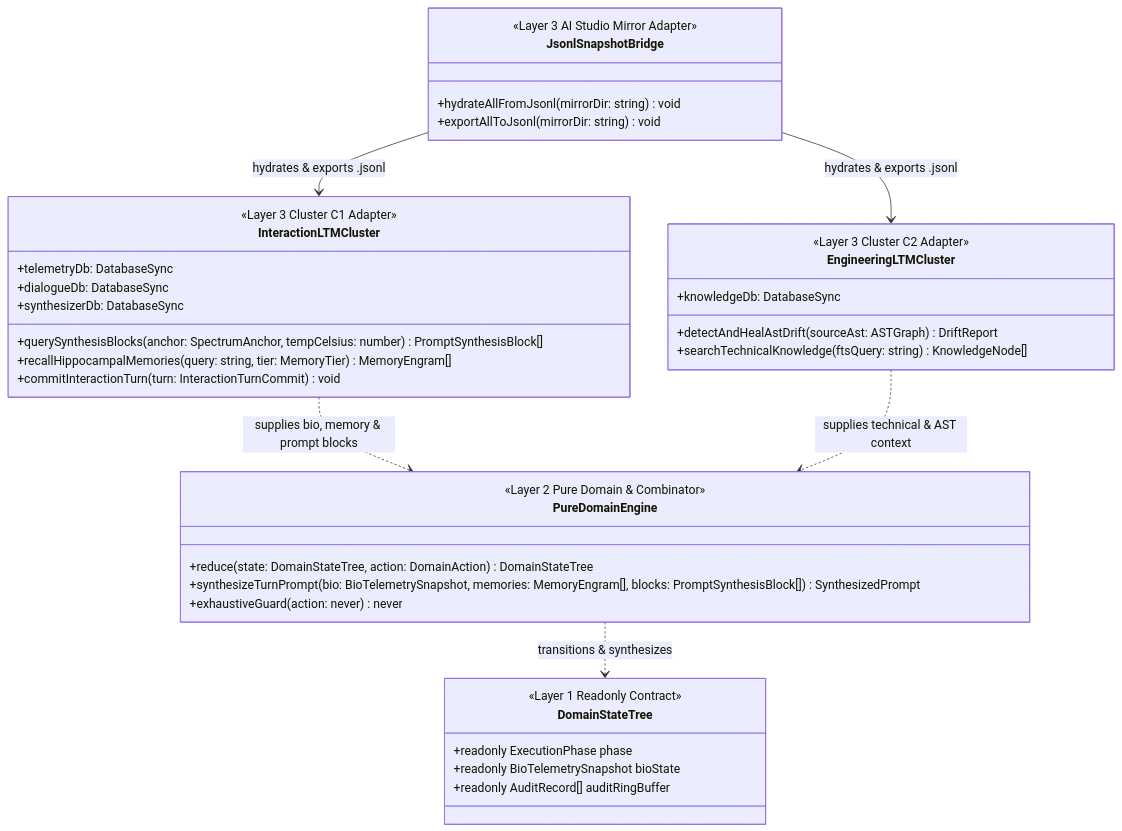
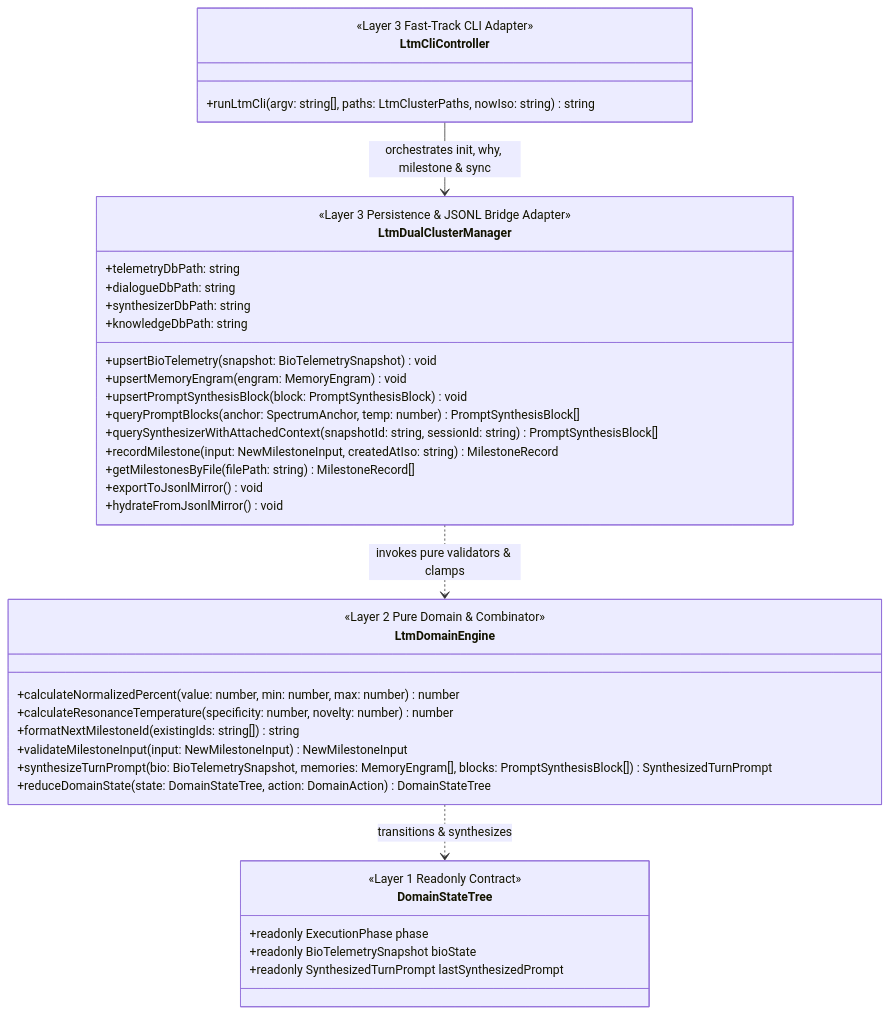
The second of 3 diagrams in docs/ARCHITECTURE.md (jinseobhong/eterna-luminas), drawn with Mermaid before and after one commit. The commit also changed other lines of this file and 21 other files, not shown here.

Commit message:
feat(ltm): implement 2-cluster SQLite LTM, JSONL snapshot bridge, universal milestones & eterna-fast-track skill

````diff
--- a/docs/ARCHITECTURE.md
+++ b/docs/ARCHITECTURE.md
@@ -83,45 +81,45 @@
 ```mermaid
 classDiagram
     class DomainStateTree {
         <<Layer 1 Readonly Contract>>
         +readonly ExecutionPhase phase
         +readonly BioTelemetrySnapshot bioState
-        +readonly AuditRecord[] auditRingBuffer
+        +readonly SynthesizedTurnPrompt lastSynthesizedPrompt
     }
 
-    class PureDomainEngine {
+    class LtmDomainEngine {
         <<Layer 2 Pure Domain & Combinator>>
-        +reduce(state: DomainStateTree, action: DomainAction) DomainStateTree
-        +synthesizeTurnPrompt(bio: BioTelemetrySnapshot, memories: MemoryEngram[], blocks: PromptSynthesisBlock[]) SynthesizedPrompt
-        +exhaustiveGuard(action: never) never
+        +calculateNormalizedPercent(value: number, min: number, max: number) number
+        +calculateResonanceTemperature(specificity: number, novelty: number) number
+        +formatNextMilestoneId(existingIds: string[]) string
+        +validateMilestoneInput(input: NewMilestoneInput) NewMilestoneInput
+        +synthesizeTurnPrompt(bio: BioTelemetrySnapshot, memories: MemoryEngram[], blocks: PromptSynthesisBlock[]) SynthesizedTurnPrompt
+        +reduceDomainState(state: DomainStateTree, action: DomainAction) DomainStateTree
     }
 
-    class InteractionLTMCluster {
-        <<Layer 3 Cluster C1 Adapter>>
-        +telemetryDb: DatabaseSync
-        +dialogueDb: DatabaseSync
-        +synthesizerDb: DatabaseSync
-        +querySynthesisBlocks(anchor: SpectrumAnchor, tempCelsius: number) PromptSynthesisBlock[]
-        +recallHippocampalMemories(query: string, tier: MemoryTier) MemoryEngram[]
-        +commitInteractionTurn(turn: InteractionTurnCommit) void
+    class LtmDualClusterManager {
+        <<Layer 3 Persistence & JSONL Bridge Adapter>>
+        +telemetryDbPath: string
+        +dialogueDbPath: string
+        +synthesizerDbPath: string
+        +knowledgeDbPath: string
+        +upsertBioTelemetry(snapshot: BioTelemetrySnapshot) void
+        +upsertMemoryEngram(engram: MemoryEngram) void
+        +upsertPromptSynthesisBlock(block: PromptSynthesisBlock) void
+        +queryPromptBlocks(anchor: SpectrumAnchor, temp: number) PromptSynthesisBlock[]
+        +querySynthesizerWithAttachedContext(snapshotId: string, sessionId: string) PromptSynthesisBlock[]
+        +recordMilestone(input: NewMilestoneInput, createdAtIso: string) MilestoneRecord
+        +getMilestonesByFile(filePath: string) MilestoneRecord[]
+        +exportToJsonlMirror() void
+        +hydrateFromJsonlMirror() void
     }
 
-    class EngineeringLTMCluster {
-        <<Layer 3 Cluster C2 Adapter>>
-        +knowledgeDb: DatabaseSync
-        +detectAndHealAstDrift(sourceAst: ASTGraph) DriftReport
-        +searchTechnicalKnowledge(ftsQuery: string) KnowledgeNode[]
+    class LtmCliController {
+        <<Layer 3 Fast-Track CLI Adapter>>
+        +runLtmCli(argv: string[], paths: LtmClusterPaths, nowIso: string) string
     }
 
-    class JsonlSnapshotBridge {
-        <<Layer 3 AI Studio Mirror Adapter>>
-        +hydrateAllFromJsonl(mirrorDir: string) void
-        +exportAllToJsonl(mirrorDir: string) void
-    }
-
-    PureDomainEngine ..> DomainStateTree : transitions & synthesizes
-    InteractionLTMCluster ..> PureDomainEngine : supplies bio, memory & prompt blocks
-    EngineeringLTMCluster ..> PureDomainEngine : supplies technical & AST context
-    JsonlSnapshotBridge --> InteractionLTMCluster : hydrates & exports .jsonl
-    JsonlSnapshotBridge --> EngineeringLTMCluster : hydrates & exports .jsonl
+    LtmDomainEngine ..> DomainStateTree : transitions & synthesizes
+    LtmDualClusterManager ..> LtmDomainEngine : invokes pure validators & clamps
+    LtmCliController --> LtmDualClusterManager : orchestrates init, why, milestone & sync
 ```
````
